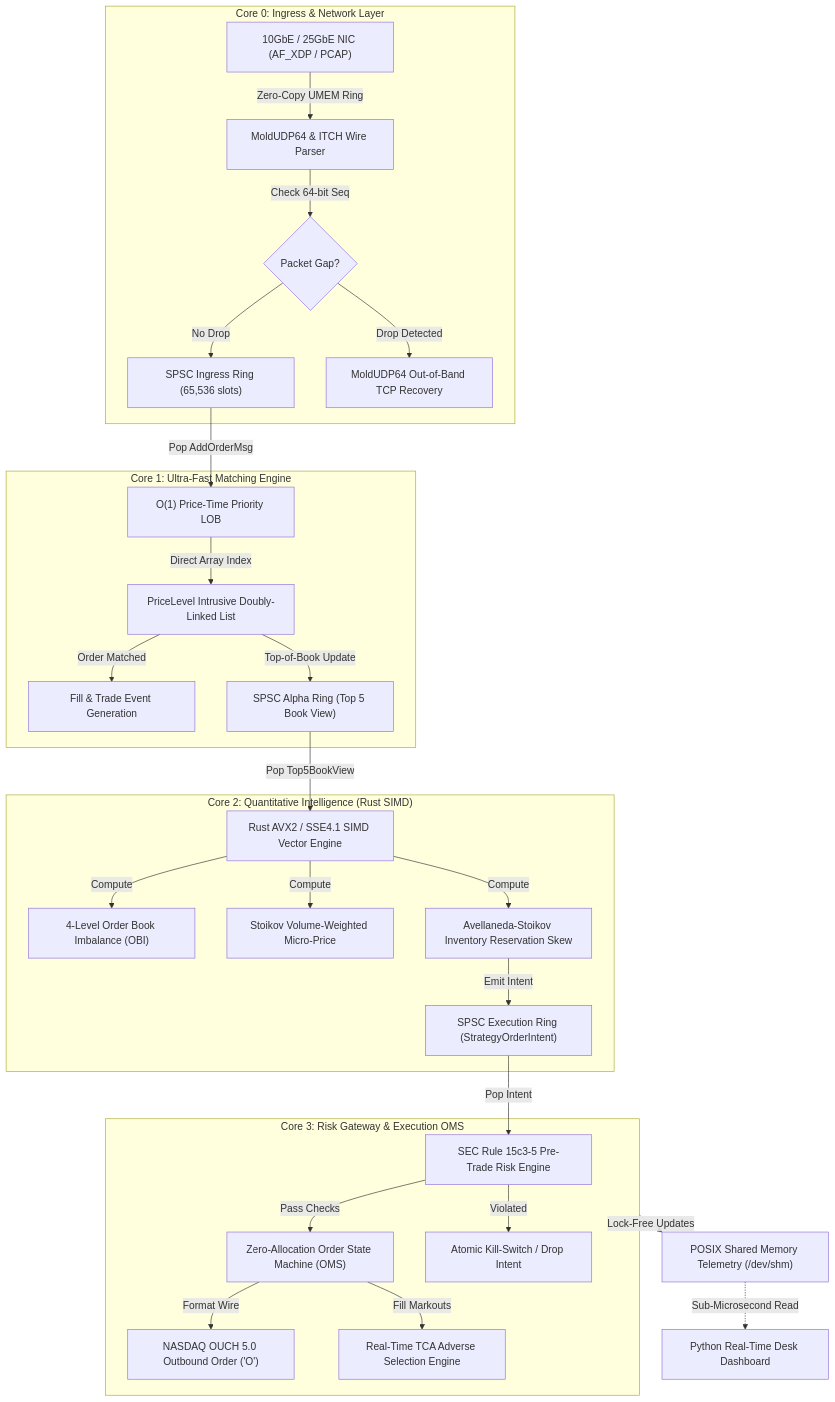
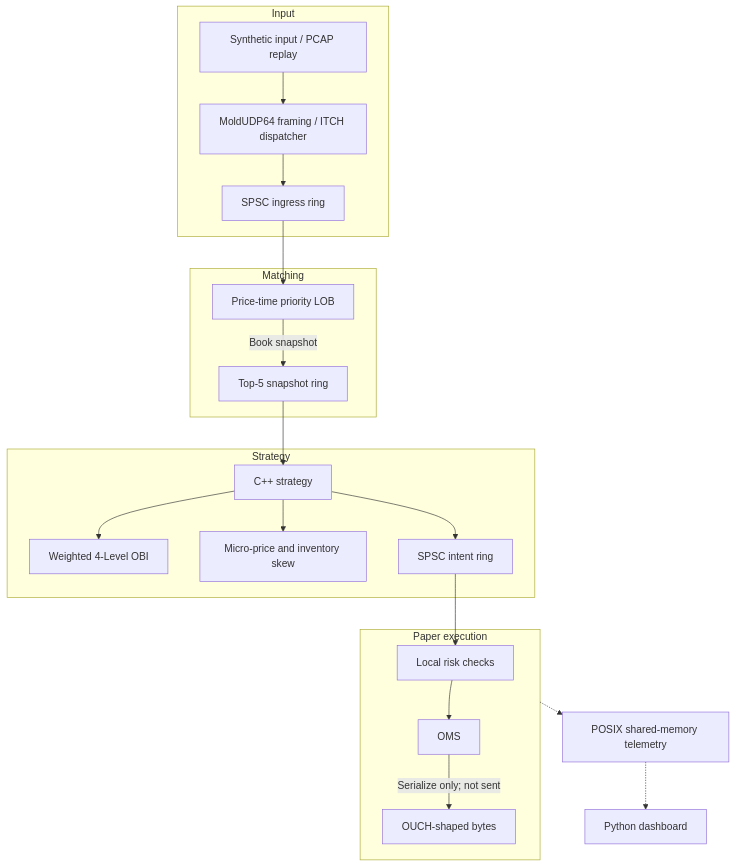
The diagram in README.md (Dani2003/Quant-lob), drawn with Mermaid before and after one commit. The commit also changed other lines of this file and 16 other files, not shown here.

````diff
--- a/README.md
+++ b/README.md
@@ -35,35 +24,28 @@
 ```mermaid
 flowchart TD
-    subgraph Core0["Core 0: Ingress & Network Layer"]
-        NIC["10GbE / 25GbE NIC (AF_XDP / PCAP)"] -->|Zero-Copy UMEM Ring| Parser["MoldUDP64 & ITCH Wire Parser"]
-        Parser -->|Check 64-bit Seq| GapCheck{"Packet Gap?"}
-        GapCheck -->|No Drop| Ring1["SPSC Ingress Ring (65,536 slots)"]
-        GapCheck -->|Drop Detected| TCPReq["MoldUDP64 Out-of-Band TCP Recovery"]
+    subgraph Core0["Input"]
+        Input["Synthetic input / PCAP replay"] --> Parser["MoldUDP64 framing / ITCH dispatcher"]
+        Parser --> Ring1["SPSC ingress ring"]
     end
 
-    subgraph Core1["Core 1: Ultra-Fast Matching Engine"]
-        Ring1 -->|Pop AddOrderMsg| FIFO["O(1) Price-Time Priority LOB"]
-        FIFO -->|Direct Array Index| BookState["PriceLevel Intrusive Doubly-Linked List"]
-        BookState -->|Order Matched| Execution["Fill & Trade Event Generation"]
-        BookState -->|Top-of-Book Update| Ring2["SPSC Alpha Ring (Top 5 Book View)"]
+    subgraph Core1["Matching"]
+        Ring1 --> FIFO["Price-time priority LOB"]
+        FIFO -->|Book snapshot| Ring2["Top-5 snapshot ring"]
     end
 
-    subgraph Core2["Core 2: Quantitative Intelligence (Rust SIMD)"]
-        Ring2 -->|Pop Top5BookView| SIMD["Rust AVX2 / SSE4.1 SIMD Vector Engine"]
-        SIMD -->|Compute| OBI["4-Level Order Book Imbalance (OBI)"]
-        SIMD -->|Compute| Micro["Stoikov Volume-Weighted Micro-Price"]
-        SIMD -->|Compute| Skew["Avellaneda-Stoikov Inventory Reservation Skew"]
-        Skew -->|Emit Intent| Ring3["SPSC Execution Ring (StrategyOrderIntent)"]
+    subgraph Core2["Strategy"]
+        Ring2 --> Strategy["C++ strategy"]
+        Strategy --> OBI["Weighted 4-Level OBI"]
+        Strategy --> Micro["Micro-price and inventory skew"]
+        Strategy --> Ring3["SPSC intent ring"]
     end
 
-    subgraph Core3["Core 3: Risk Gateway & Execution OMS"]
-        Ring3 -->|Pop Intent| Risk["SEC Rule 15c3-5 Pre-Trade Risk Engine"]
-        Risk -->|Pass Checks| OMS["Zero-Allocation Order State Machine (OMS)"]
-        Risk -->|Violated| Kill["Atomic Kill-Switch / Drop Intent"]
-        OMS -->|Format Wire| OUCH["NASDAQ OUCH 5.0 Outbound Order ('O')"]
-        OMS -->|Fill Markouts| TCA["Real-Time TCA Adverse Selection Engine"]
+    subgraph Core3["Paper execution"]
+        Ring3 --> Risk["Local risk checks"]
+        Risk --> OMS["OMS"]
+        OMS -->|Serialize only; not sent| OUCH["OUCH-shaped bytes"]
     end
 
-    Core3 -.->|Lock-Free Updates| SHM["POSIX Shared Memory Telemetry (/dev/shm)"]
-    SHM -.->|Sub-Microsecond Read| Monitor["Python Real-Time Desk Dashboard"]
+    Core3 -.-> SHM["POSIX shared-memory telemetry"]
+    SHM -.-> Monitor["Python dashboard"]
 ```
````
